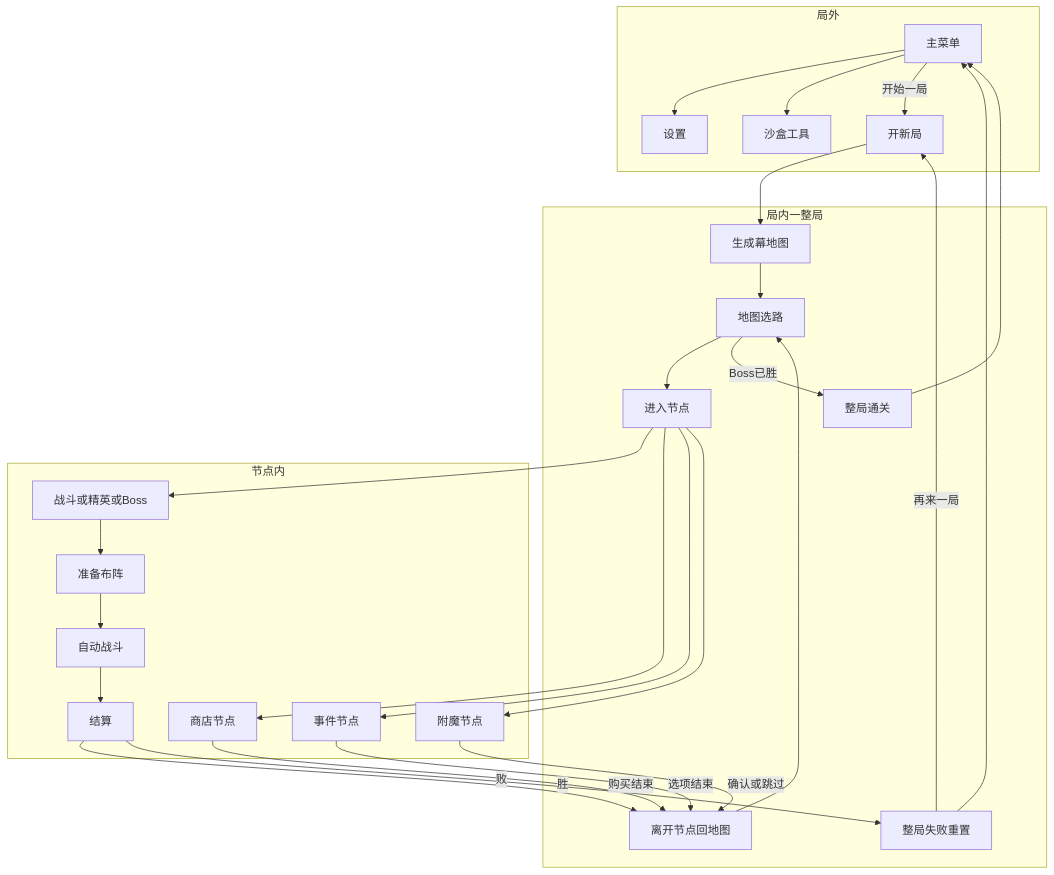
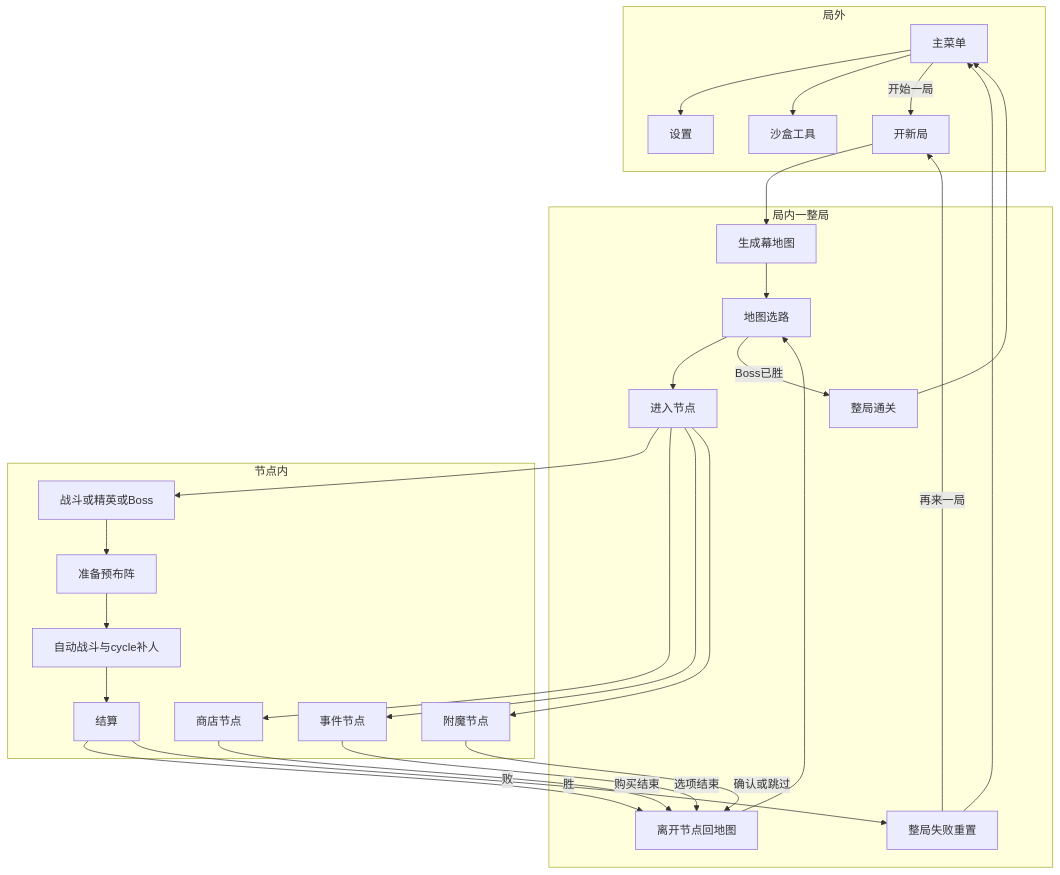
Before and after one commit to Kanerickyz/Godot-Project---Clash-royale-like-Game: the diagram in Documents/Features/GAME_LOOP.md, drawn with Mermaid. The commit also changed other lines of this file and 6 other files, not shown here.

````diff
--- a/Documents/Features/GAME_LOOP.md
+++ b/Documents/Features/GAME_LOOP.md
@@ -108,48 +99,48 @@
 ```mermaid
 flowchart TD
   subgraph Meta[局外]
     MainMenu[主菜单]
     Settings[设置]
     Sandbox[沙盒工具]
     MainMenu --> Settings
     MainMenu --> Sandbox
     MainMenu -->|开始一局| NewRun[开新局]
   end
 
   subgraph RunLoop[局内一整局]
     GenMap[生成幕地图]
     MapSelect[地图选路]
     EnterNode[进入节点]
     LeaveNode[离开节点回地图]
     RunWin[整局通关]
     RunLose[整局失败重置]
     NewRun --> GenMap --> MapSelect
     MapSelect --> EnterNode
     LeaveNode --> MapSelect
     MapSelect -->|Boss已胜| RunWin
   end
 
   subgraph NodeInner[节点内]
     CombatNode[战斗或精英或Boss]
     ShopNode[商店节点]
     EventNode[事件节点]
     EnchantNode[附魔节点]
-    Prep[准备布阵]
-    AutoCombat[自动战斗]
+    Prep[准备预布阵]
+    AutoCombat[自动战斗与cycle补人]
     Resolve[结算]
     CombatNode --> Prep --> AutoCombat --> Resolve
     Resolve -->|胜| LeaveNode
     Resolve -->|败| RunLose
     ShopNode -->|购买结束| LeaveNode
     EventNode -->|选项结束| LeaveNode
     EnchantNode -->|确认或跳过| LeaveNode
   end
 
   EnterNode --> CombatNode
   EnterNode --> ShopNode
   EnterNode --> EventNode
   EnterNode --> EnchantNode
   RunWin --> MainMenu
   RunLose --> MainMenu
   RunLose -->|再来一局| NewRun
 ```
````
